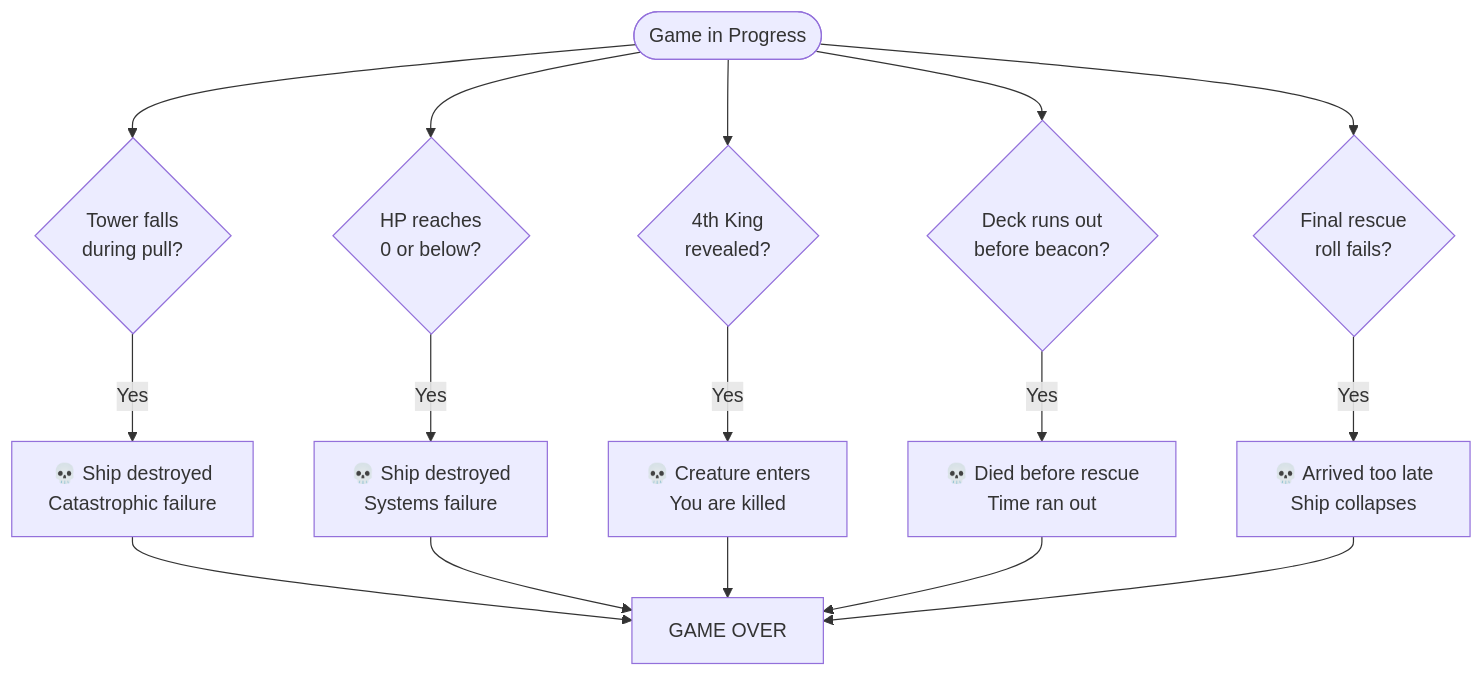
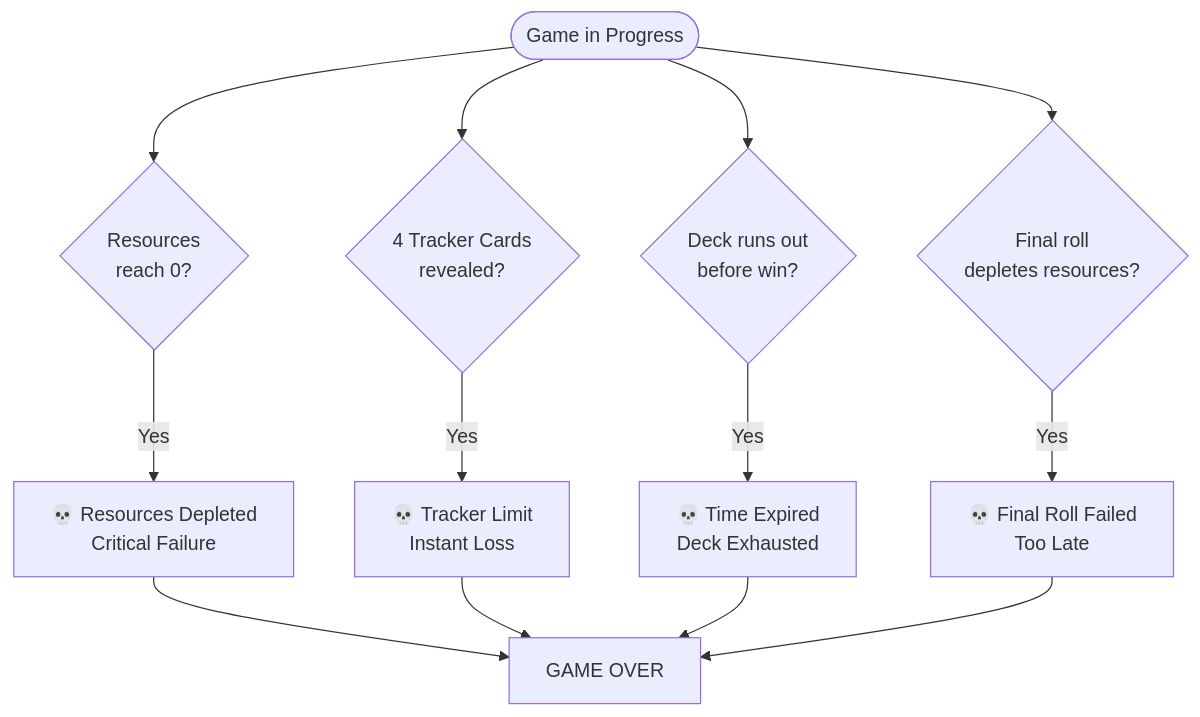
Before and after one commit to dimm-city/dc-solo-rpg: the tenth of 13 diagrams in docs/wretched-alone-mechanics-guide.md, drawn with Mermaid. The commit also changed other lines of this file, not shown here.

````diff
--- a/docs/wretched-alone-mechanics-guide.md
+++ b/docs/wretched-alone-mechanics-guide.md
@@ -530,20 +543,17 @@
 ```mermaid
 flowchart TB
-    Playing([Game in Progress]) --> Condition1{Tower falls<br/>during pull?}
-    Playing --> Condition2{HP reaches<br/>0 or below?}
-    Playing --> Condition3{4th King<br/>revealed?}
-    Playing --> Condition4{Deck runs out<br/>before beacon?}
-    Playing --> Condition5{Final rescue<br/>roll fails?}
+    Playing([Game in Progress]) --> Condition1{Resources<br/>reach 0?}
+    Playing --> Condition2{4 Tracker Cards<br/>revealed?}
+    Playing --> Condition3{Deck runs out<br/>before win?}
+    Playing --> Condition4{Final roll<br/>depletes resources?}
 
-    Condition1 -->|Yes| Loss1[💀 Ship destroyed<br/>Catastrophic failure]
-    Condition2 -->|Yes| Loss2[💀 Ship destroyed<br/>Systems failure]
-    Condition3 -->|Yes| Loss3[💀 Creature enters<br/>You are killed]
-    Condition4 -->|Yes| Loss4[💀 Died before rescue<br/>Time ran out]
-    Condition5 -->|Yes| Loss5[💀 Arrived too late<br/>Ship collapses]
+    Condition1 -->|Yes| Loss1[💀 Resources Depleted<br/>Critical Failure]
+    Condition2 -->|Yes| Loss2[💀 Tracker Limit<br/>Instant Loss]
+    Condition3 -->|Yes| Loss3[💀 Time Expired<br/>Deck Exhausted]
+    Condition4 -->|Yes| Loss4[💀 Final Roll Failed<br/>Too Late]
 
     Loss1 --> GameOver[GAME OVER]
     Loss2 --> GameOver
     Loss3 --> GameOver
     Loss4 --> GameOver
-    Loss5 --> GameOver
 ```
````
